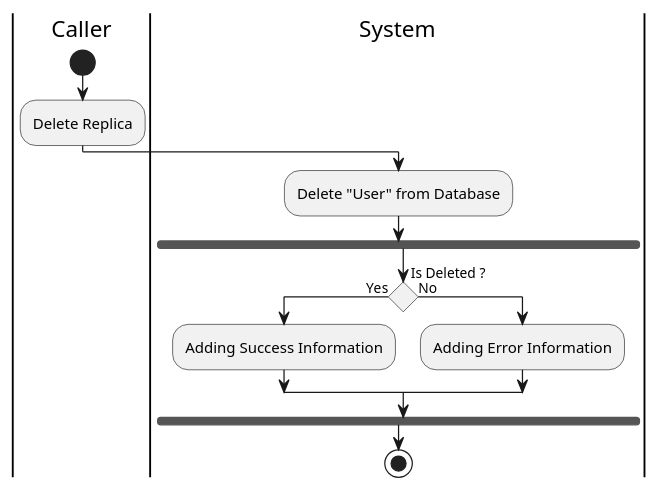
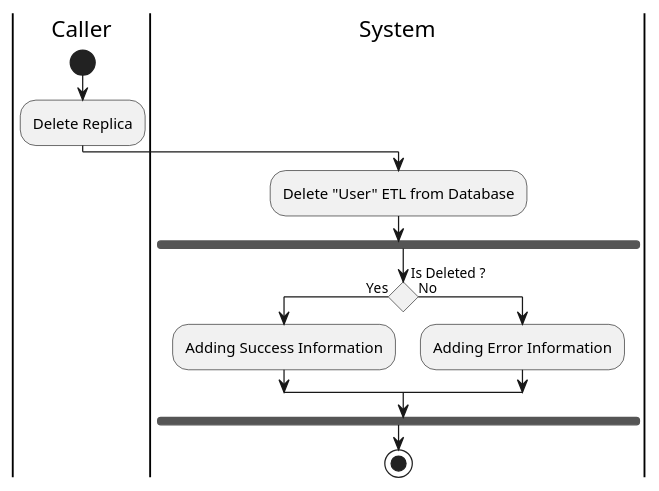
One commit to fwidjaya20/fazzlearning-uml changed the diagram in Activity/Release02/DeleteUserETL.wsd. Above: the diagram before and after it, drawn with PlantUML. The commit also changed 3 other files, not shown here.

Commit message:
activity: adding ETL label for replica user and transaction

```diff
--- a/Activity/Release02/DeleteUserETL.wsd
+++ b/Activity/Release02/DeleteUserETL.wsd
@@ -1,25 +1,25 @@
 @startuml DeleteUserETL
 
 skinparam ConditionEndStyle hline
 skinparam conditionStyle diamond
 skinparam Monochrome true
 skinparam Shadowing false
 
 |Caller|
 start
 :Delete Replica;
 
 |System|
-:Delete "User" from Database;
+:Delete "User" ETL from Database;
 
 fork
     |System|
     if (Is Deleted ?) then (Yes)
         :Adding Success Information;
     else (No)
         :Adding Error Information;
     endif
 endfork
 
 stop
 @enduml
```
